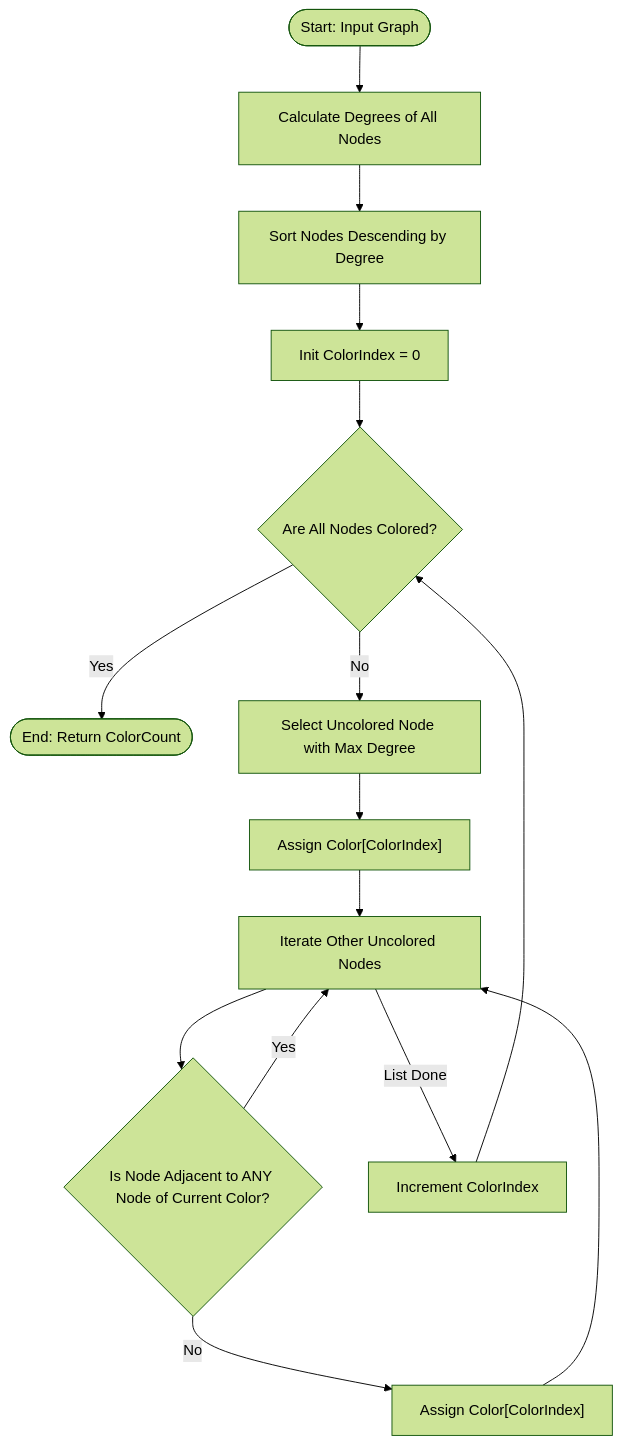
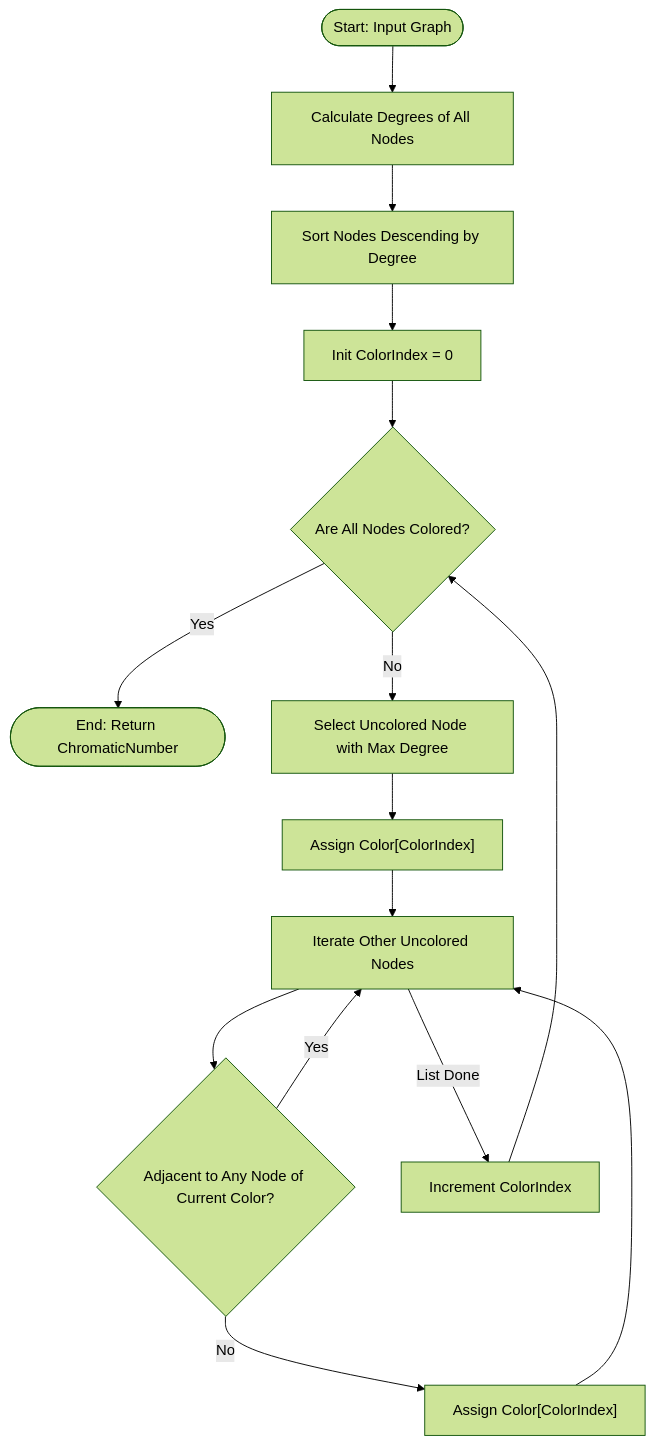
The sixth of 7 diagrams in README.md (DevBD1/graphSNA), drawn with Mermaid (forest theme) before and after one commit. The commit also changed other lines of this file and 5 other files, not shown here.

````diff
--- a/README.md
+++ b/README.md
@@ -250,17 +264,17 @@
 ```mermaid
 flowchart TD
     A([Start: Input Graph]) --> B[Calculate Degrees of All Nodes]
     B --> C[Sort Nodes Descending by Degree]
     C --> D[Init ColorIndex = 0]
     D --> E{Are All Nodes Colored?}
-    E -- Yes --> F([End: Return ColorCount])
+    E -- Yes --> F([End: Return ChromaticNumber])
     E -- No --> G[Select Uncolored Node with Max Degree]
     G --> H["Assign Color[ColorIndex]"]
     H --> I[Iterate Other Uncolored Nodes]
-    I --> J{Is Node Adjacent to ANY Node of Current Color?}
+    I --> J{Adjacent to Any Node of Current Color?}
     J -- No --> K["Assign Color[ColorIndex]"]
     J -- Yes --> I
     K --> I
     I -- List Done --> L[Increment ColorIndex]
     L --> E
 ```
````
